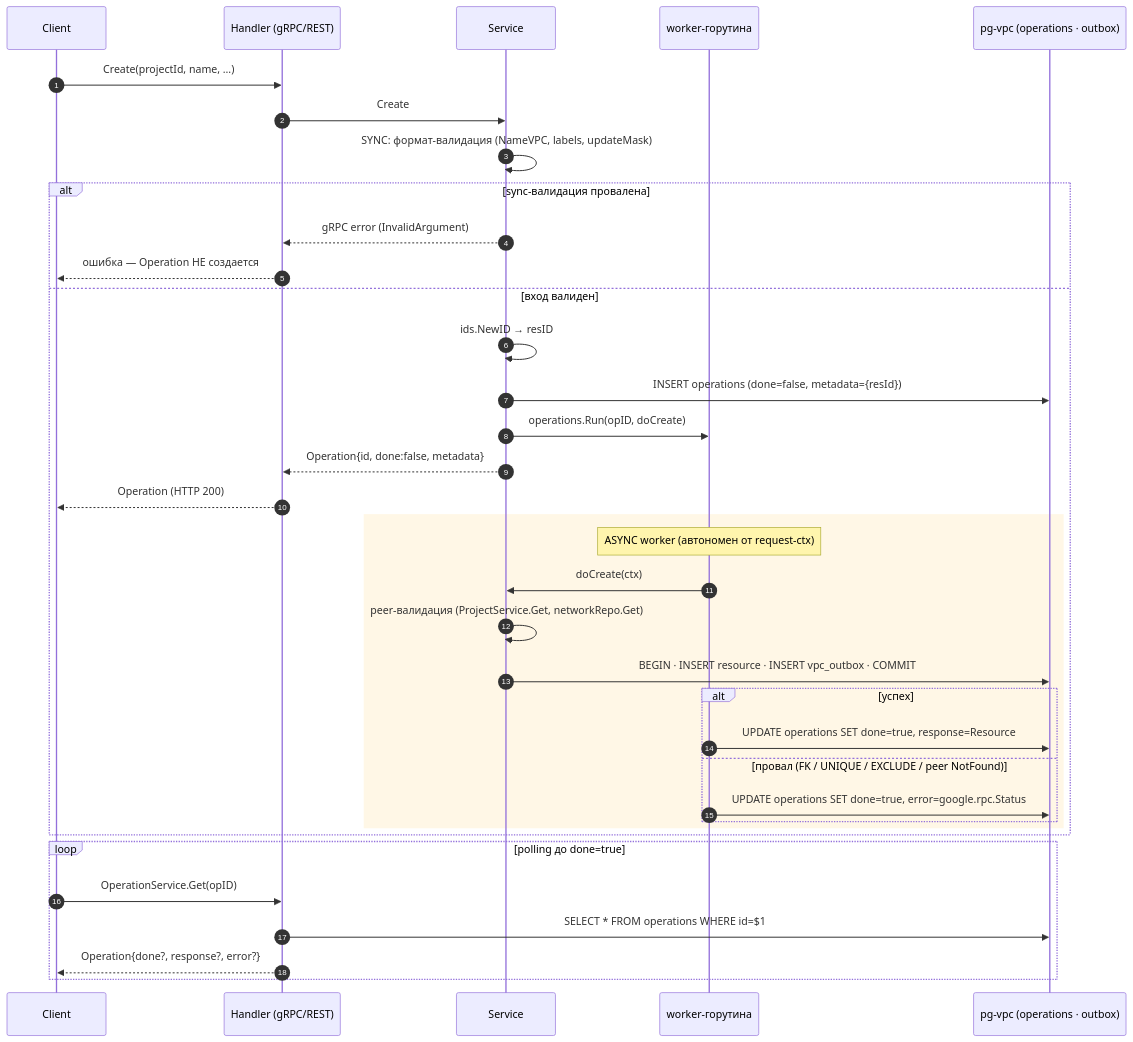
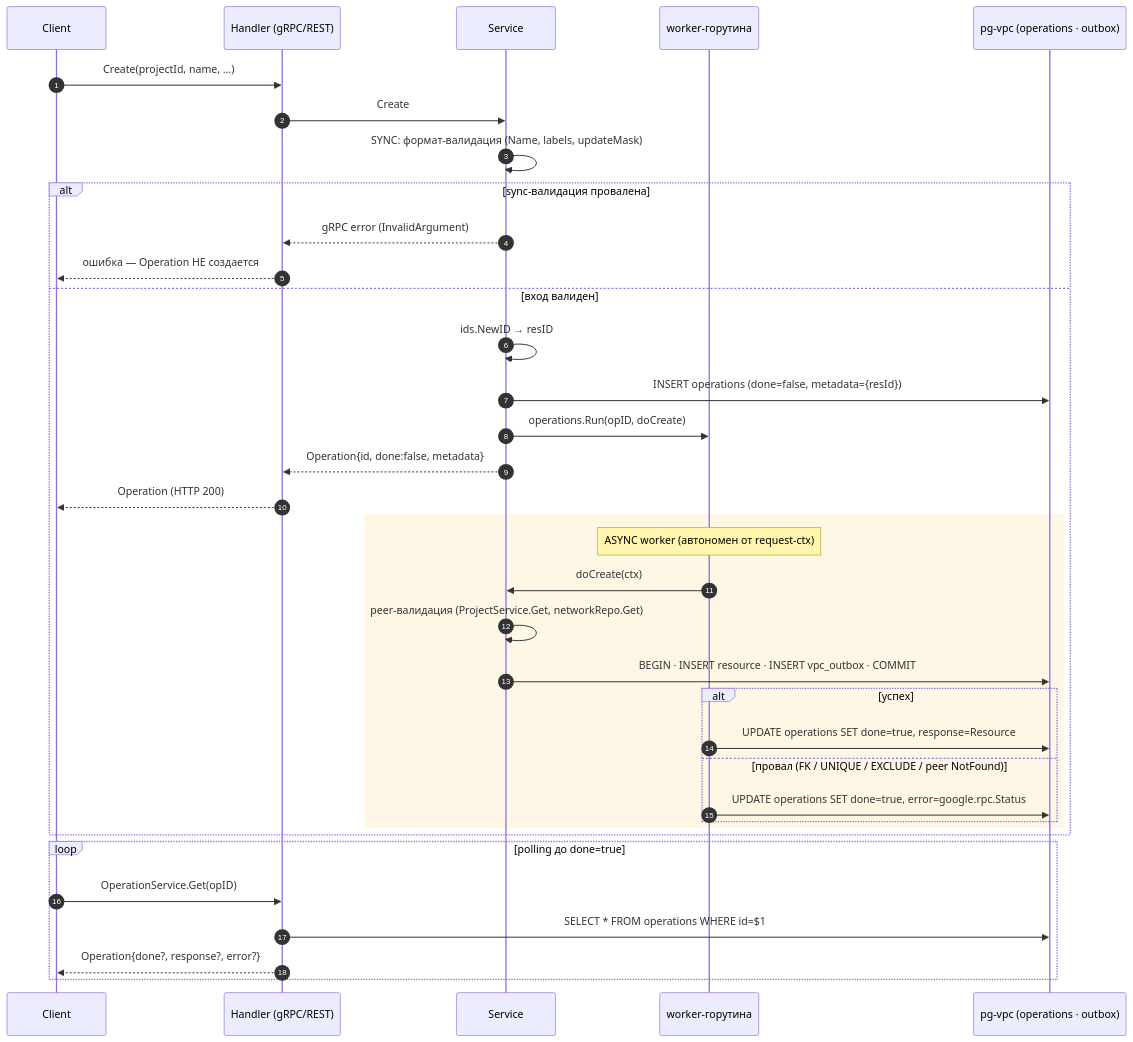
One commit to PRO-Robotech/kacho changed the second of 2 diagrams in services/vpc/docs/content/architecture/operations.mdx. Above: the diagram before and after it, drawn with Mermaid. The commit also changed other lines of this file and 5 other files, not shown here.

````diff
--- a/services/vpc/docs/content/architecture/operations.mdx
+++ b/services/vpc/docs/content/architecture/operations.mdx
@@ -266,41 +266,41 @@
 ```mermaid
 sequenceDiagram
   autonumber
   participant U as Client
   participant H as Handler (gRPC/REST)
   participant S as Service
   participant W as worker-горутина
   participant DB as pg-vpc (operations · outbox)
 
   U->>H: Create(projectId, name, …)
   H->>S: Create
-  S->>S: SYNC: формат-валидация (NameVPC, labels, updateMask)
+  S->>S: SYNC: формат-валидация (Name, labels, updateMask)
   alt sync-валидация провалена
     S-->>H: gRPC error (InvalidArgument)
     H-->>U: ошибка — Operation НЕ создается
   else вход валиден
     S->>S: ids.NewID → resID
     S->>DB: INSERT operations (done=false, metadata={resId})
     S->>W: operations.Run(opID, doCreate)
     S-->>H: Operation{id, done:false, metadata}
     H-->>U: Operation (HTTP 200)
 
     rect rgb(255,247,230)
     Note over W: ASYNC worker (автономен от request-ctx)
     W->>S: doCreate(ctx)
     S->>S: peer-валидация (ProjectService.Get, networkRepo.Get)
     S->>DB: BEGIN · INSERT resource · INSERT vpc_outbox · COMMIT
     alt успех
       W->>DB: UPDATE operations SET done=true, response=Resource
     else провал (FK / UNIQUE / EXCLUDE / peer NotFound)
       W->>DB: UPDATE operations SET done=true, error=google.rpc.Status
     end
     end
   end
 
   loop polling до done=true
     U->>H: OperationService.Get(opID)
     H->>DB: SELECT * FROM operations WHERE id=$1
     H-->>U: Operation{done?, response?, error?}
   end
 ```
````
